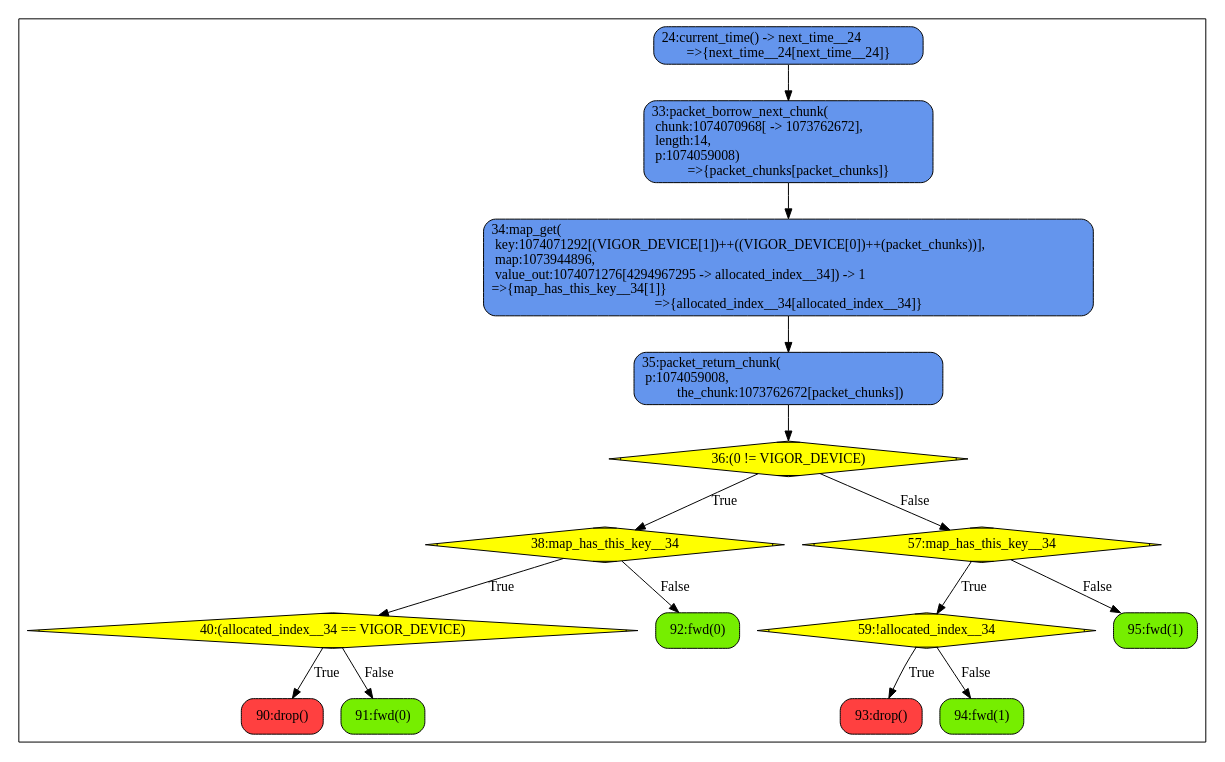
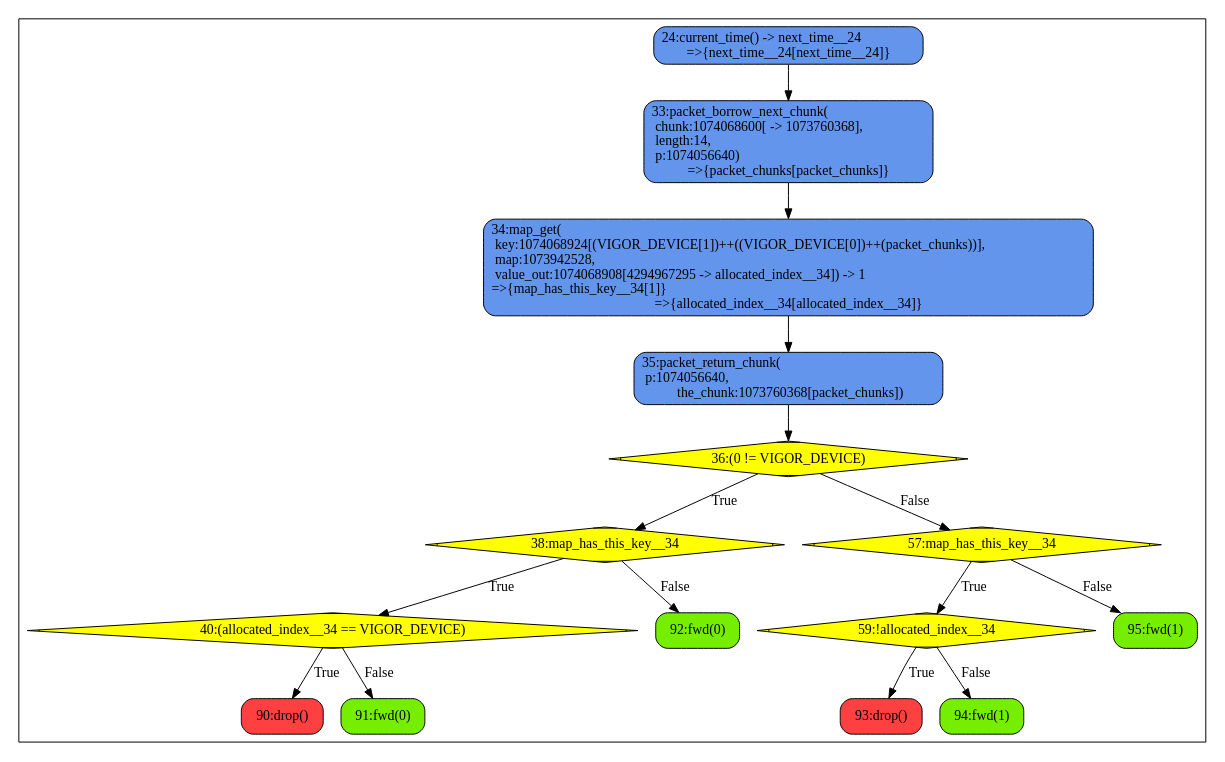
One commit to gui-baeta/synapse changed the diagram in bdds/sbridge.gv. Above: the diagram before and after it, drawn with Graphviz. The commit also changed 288 other files, not shown here.

```diff
--- a/bdds/sbridge.gv
+++ b/bdds/sbridge.gv
@@ -1,35 +1,35 @@
 digraph mygraph {
 	node [shape=box style=rounded border=0];
 	subgraph clusterprocess {
 		node [style="rounded,filled",color=black];
 		90 [label="90:drop()", fillcolor="brown1"];
 		91 [label="91:fwd(0)", fillcolor="chartreuse2"];
 		40 [shape=Mdiamond, label="40:(allocated_index__34 == VIGOR_DEVICE)", fillcolor="yellow"];
 		40 -> 90 [label="True"];
 		40 -> 91 [label="False"];
 		92 [label="92:fwd(0)", fillcolor="chartreuse2"];
 		38 [shape=Mdiamond, label="38:map_has_this_key__34", fillcolor="yellow"];
 		38 -> 40 [label="True"];
 		38 -> 92 [label="False"];
 		93 [label="93:drop()", fillcolor="brown1"];
 		94 [label="94:fwd(1)", fillcolor="chartreuse2"];
 		59 [shape=Mdiamond, label="59:!allocated_index__34", fillcolor="yellow"];
 		59 -> 93 [label="True"];
 		59 -> 94 [label="False"];
 		95 [label="95:fwd(1)", fillcolor="chartreuse2"];
 		57 [shape=Mdiamond, label="57:map_has_this_key__34", fillcolor="yellow"];
 		57 -> 59 [label="True"];
 		57 -> 95 [label="False"];
 		36 [shape=Mdiamond, label="36:(0 != VIGOR_DEVICE)", fillcolor="yellow"];
 		36 -> 38 [label="True"];
 		36 -> 57 [label="False"];
-		35 [label="35:packet_return_chunk(\l  p:1074059008,\l  the_chunk:1073762672[packet_chunks])", fillcolor="cornflowerblue"];
+		35 [label="35:packet_return_chunk(\l  p:1074056640,\l  the_chunk:1073760368[packet_chunks])", fillcolor="cornflowerblue"];
 		35 -> 36;
-		34 [label="34:map_get(\l  key:1074071292[(VIGOR_DEVICE[1])++((VIGOR_DEVICE[0])++(packet_chunks))],\l  map:1073944896,\l  value_out:1074071276[4294967295 -> allocated_index__34]) -> 1\l=>{map_has_this_key__34[1]}\l=>{allocated_index__34[allocated_index__34]}", fillcolor="cornflowerblue"];
+		34 [label="34:map_get(\l  key:1074068924[(VIGOR_DEVICE[1])++((VIGOR_DEVICE[0])++(packet_chunks))],\l  map:1073942528,\l  value_out:1074068908[4294967295 -> allocated_index__34]) -> 1\l=>{map_has_this_key__34[1]}\l=>{allocated_index__34[allocated_index__34]}", fillcolor="cornflowerblue"];
 		34 -> 35;
-		33 [label="33:packet_borrow_next_chunk(\l  chunk:1074070968[ -> 1073762672],\l  length:14,\l  p:1074059008)\l=>{packet_chunks[packet_chunks]}", fillcolor="cornflowerblue"];
+		33 [label="33:packet_borrow_next_chunk(\l  chunk:1074068600[ -> 1073760368],\l  length:14,\l  p:1074056640)\l=>{packet_chunks[packet_chunks]}", fillcolor="cornflowerblue"];
 		33 -> 34;
 		24 [label="24:current_time() -> next_time__24\l=>{next_time__24[next_time__24]}", fillcolor="cornflowerblue"];
 		24 -> 33;
 	}
 }
```
